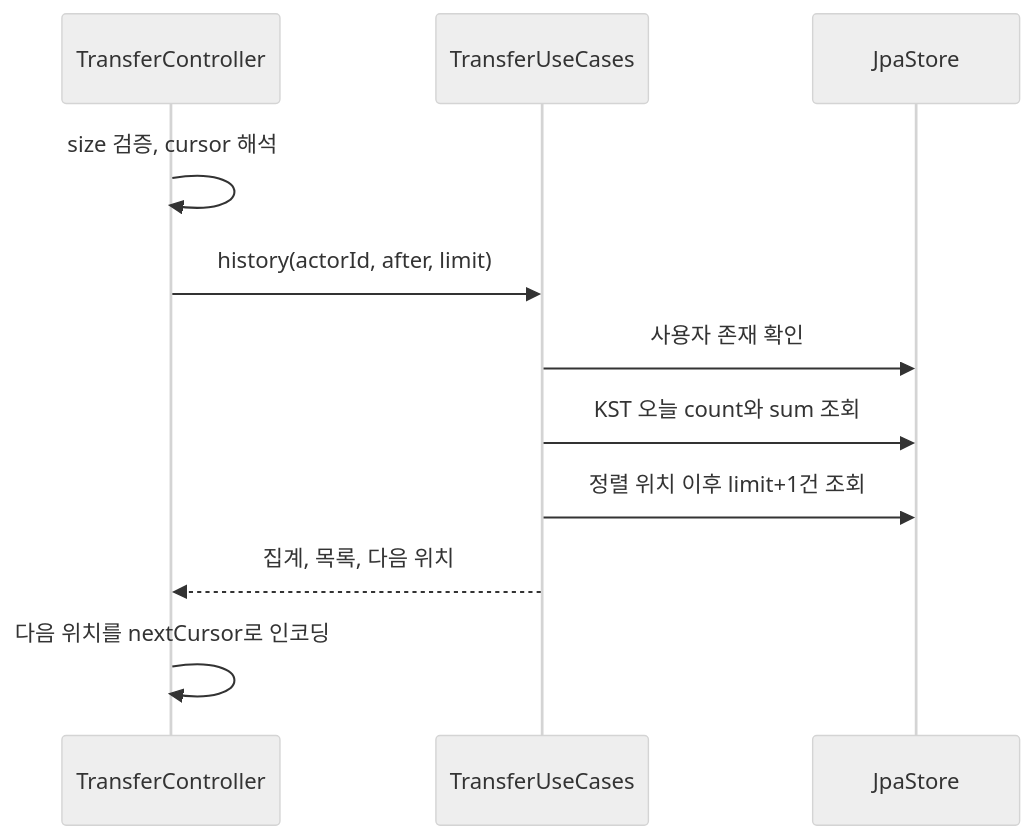
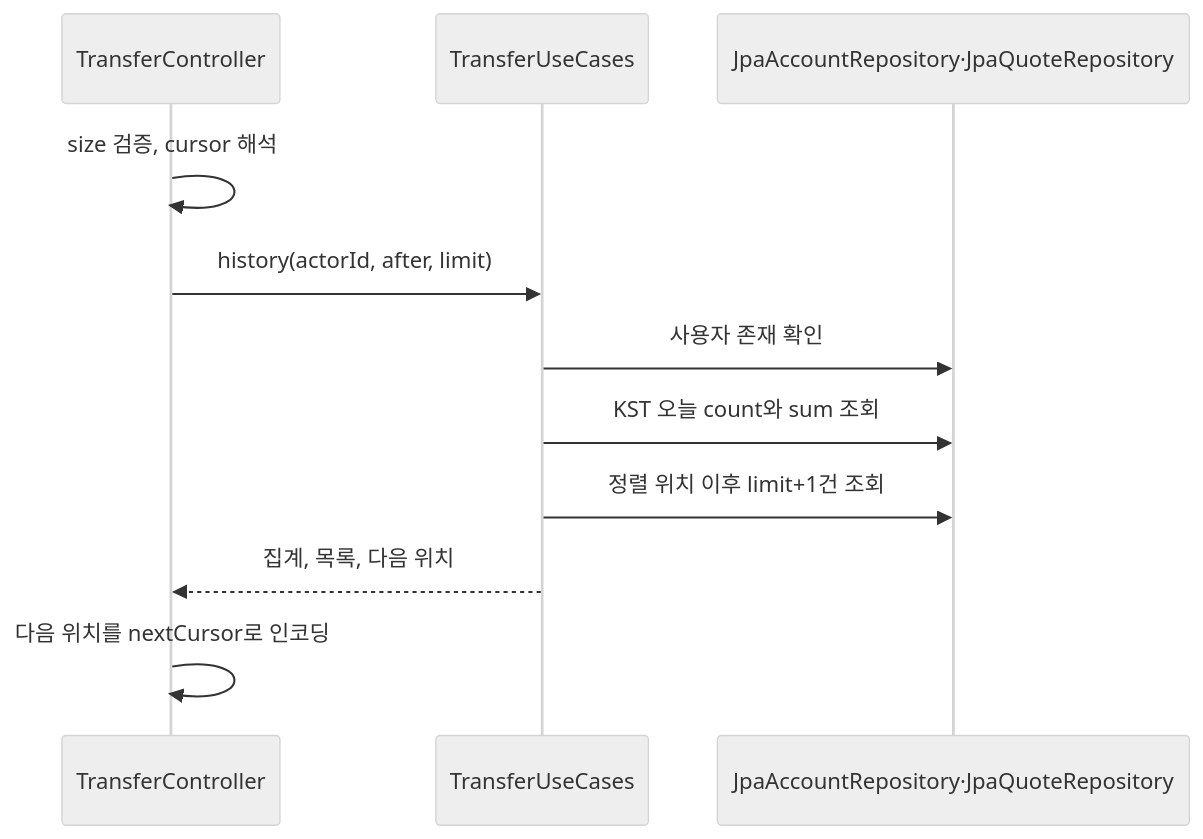
The third of 5 diagrams in docs/application/architecture.md (ssipflow/GlobalRemittance), drawn with Mermaid (neutral theme) before and after one commit. The commit also changed other lines of this file and 9 other files, not shown here.

Commit message:
refactor: split JpaStore into account and quote repositories with shared persistence helpers

````diff
--- a/docs/application/architecture.md
+++ b/docs/application/architecture.md
@@ -76,13 +76,13 @@
 ```mermaid
 sequenceDiagram
     participant W as TransferController
     participant A as TransferUseCases
-    participant P as JpaStore
+    participant P as JpaAccountRepository·JpaQuoteRepository
     W->>W: size 검증, cursor 해석
     W->>A: history(actorId, after, limit)
     A->>P: 사용자 존재 확인
     A->>P: KST 오늘 count와 sum 조회
     A->>P: 정렬 위치 이후 limit+1건 조회
     A-->>W: 집계, 목록, 다음 위치
     W->>W: 다음 위치를 nextCursor로 인코딩
 ```
````
